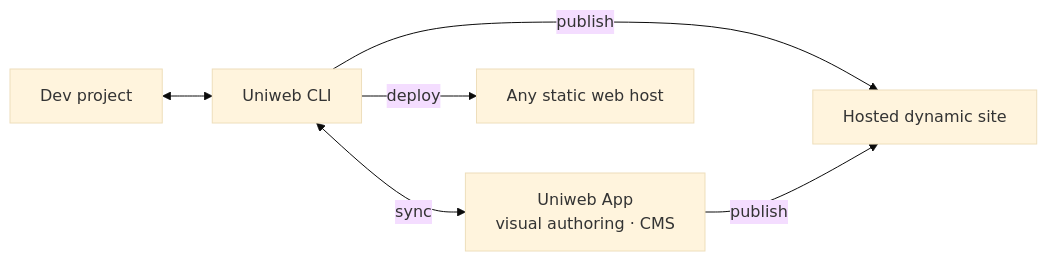
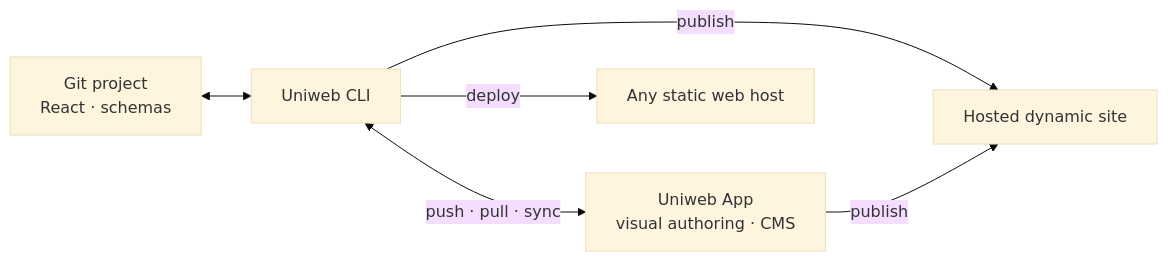
The diagram in README.md (uniweb/uniweb), drawn with Mermaid (base theme) before and after one commit. The commit also changed other lines of this file, not shown here.

````diff
--- a/README.md
+++ b/README.md
@@ -44,14 +87,14 @@
 ```mermaid
 flowchart LR
-    D["Dev project"]
+    D["Git project<br/>React · schemas"]
     C["Uniweb CLI"]
     A["Uniweb App<br/>visual authoring · CMS"]
     S["Hosted dynamic site"]
     H["Any static web host"]
 
     D <--> C
-    C <-->|"sync"| A
+    C <-->|"push · pull · sync"| A
     C -->|"publish"| S
     A -->|"publish"| S
     C -->|"deploy"| H
 ```
````
